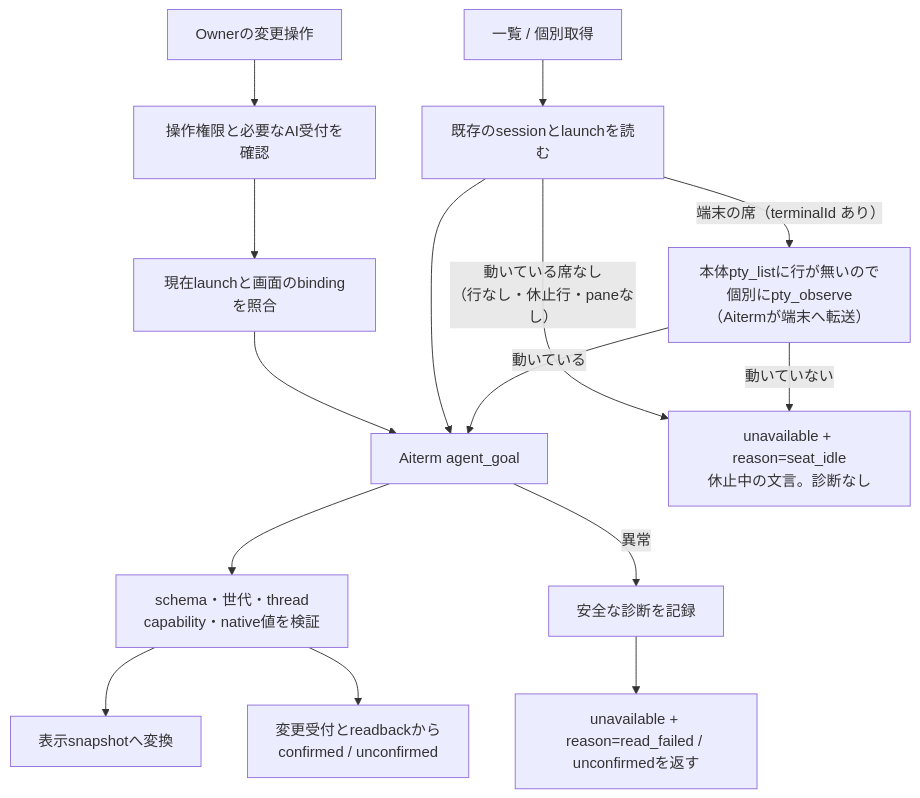
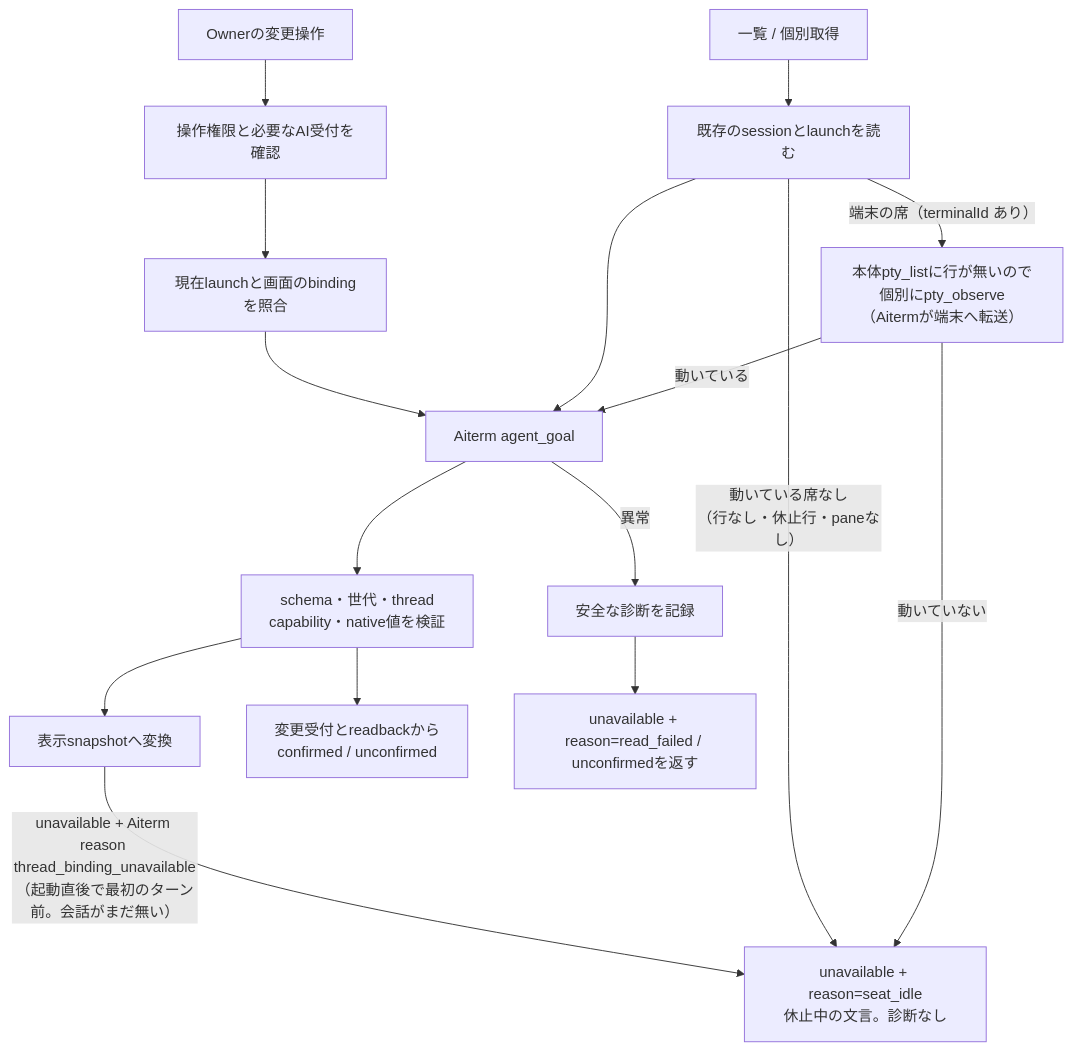
The third of 3 diagrams in docs/architecture/control-details.md (kitepon/BellTeam), drawn with Mermaid before and after one commit. The commit also changed other lines of this file and 2 other files, not shown here.

First line of the commit message:
goals: a seat before its first turn reads seat_idle, not read_failed

````diff
--- a/docs/architecture/control-details.md
+++ b/docs/architecture/control-details.md
@@ -97,17 +97,18 @@
 ```mermaid
 flowchart TD
   Read["一覧 / 個別取得"] --> Targets["既存のsessionとlaunchを読む"]
   Targets -->|"端末の席（terminalId あり）"| Observe["本体pty_listに行が無いので個別にpty_observe<br/>（Aitermが端末へ転送）"]
   Observe -->|"動いている"| Call
   Observe -->|"動いていない"| Idle
   Targets -->|"動いている席なし<br/>（行なし・休止行・paneなし）"| Idle["unavailable + reason=seat_idle<br/>休止中の文言。診断なし"]
   Change["Ownerの変更操作"] --> Gate["操作権限と必要なAI受付を確認"]
   Gate --> Expected["現在launchと画面のbindingを照合"]
   Targets --> Call["Aiterm agent_goal"]
   Expected --> Call
   Call --> Validate["schema・世代・thread<br/>capability・native値を検証"]
   Validate --> Snapshot["表示snapshotへ変換"]
+  Snapshot -->|"unavailable + Aiterm reason thread_binding_unavailable<br/>（起動直後で最初のターン前。会話がまだ無い）"| Idle
   Validate --> Outcome["変更受付とreadbackから<br/>confirmed / unconfirmed"]
   Call -->|"異常"| Report["安全な診断を記録"]
   Report --> Unavailable["unavailable + reason=read_failed / unconfirmedを返す"]
 ```
````
